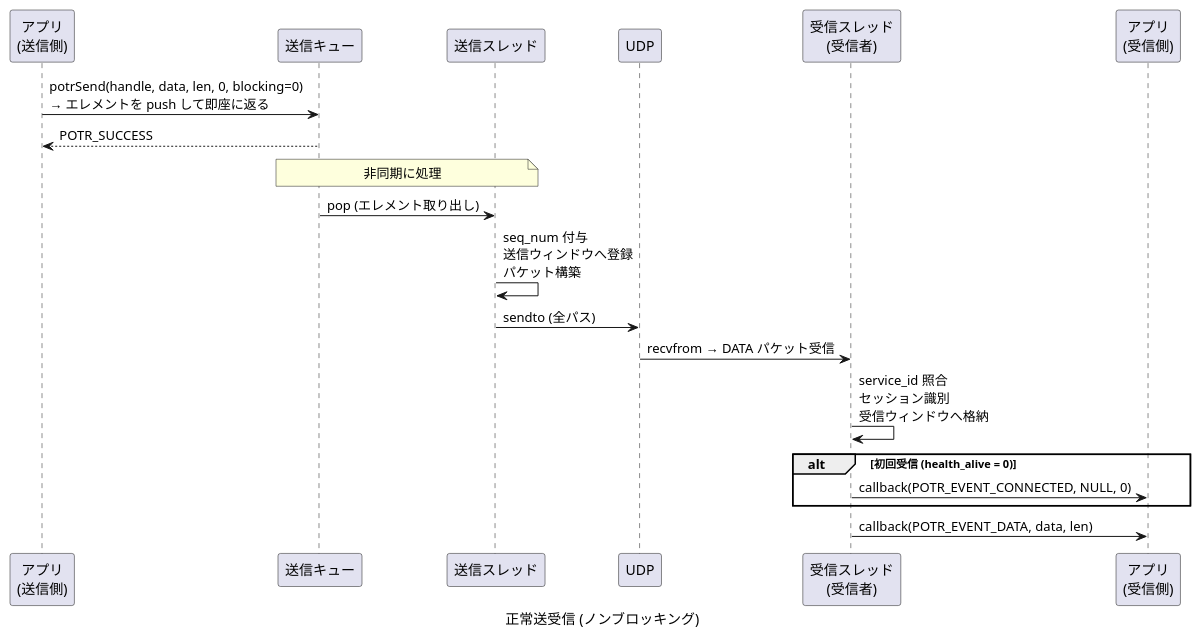
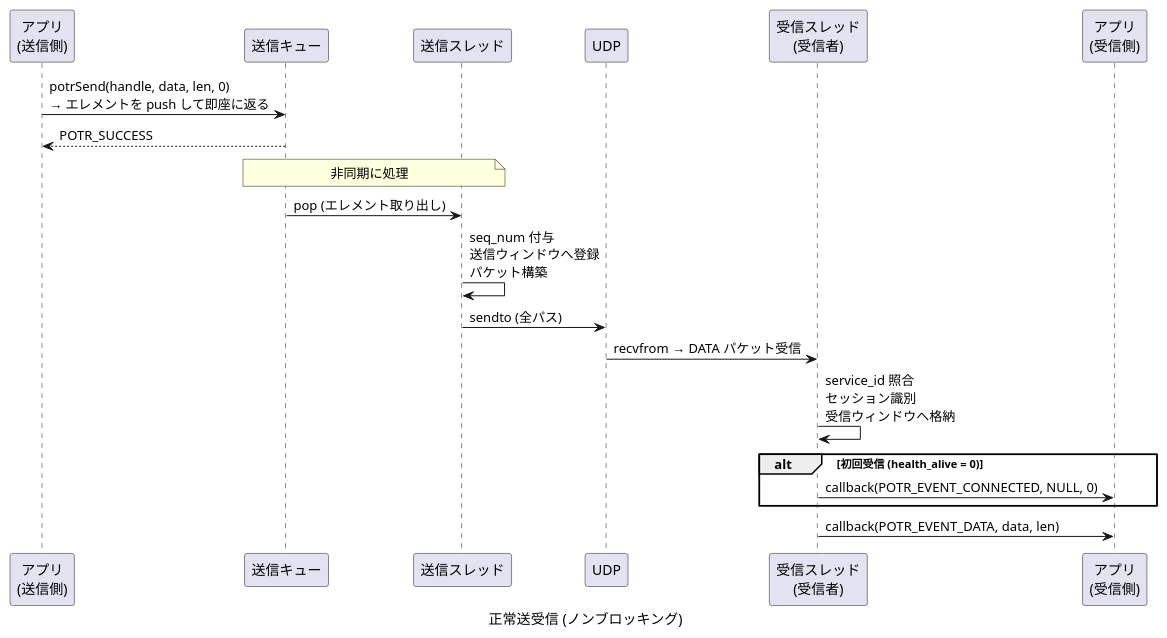
The third of 12 diagrams in prod/porter/docs/sequence.md (Hondarer/c-modernization-kit), drawn with PlantUML before and after one commit. The commit also changed other lines of this file and 9 other files, not shown here.

First line of the commit message:
refactor(porter): potrSend の compress/blocking を flags パラメータに統合

````diff
--- a/prod/porter/docs/sequence.md
+++ b/prod/porter/docs/sequence.md
@@ -81,31 +81,31 @@
 ```plantuml
 @startuml 正常送受信 (ノンブロッキング)
 caption 正常送受信 (ノンブロッキング)
 
 participant "アプリ\n(送信側)" as SAPP
 participant "送信キュー" as Q
 participant "送信スレッド" as ST
 participant "UDP" as UDP
 participant "受信スレッド\n(受信者)" as RRT
 participant "アプリ\n(受信側)" as RAPP
 
-SAPP -> Q: potrSend(handle, data, len, 0, blocking=0)\n→ エレメントを push して即座に返る
+SAPP -> Q: potrSend(handle, data, len, 0)\n→ エレメントを push して即座に返る
 SAPP <-- Q: POTR_SUCCESS
 
 note over Q, ST: 非同期に処理
 
 Q -> ST: pop (エレメント取り出し)
 ST -> ST: seq_num 付与\n送信ウィンドウへ登録\nパケット構築
 ST -> UDP: sendto (全パス)
 
 UDP -> RRT: recvfrom → DATA パケット受信
 RRT -> RRT: service_id 照合\nセッション識別\n受信ウィンドウへ格納
 
 alt 初回受信 (health_alive = 0)
   RRT -> RAPP: callback(POTR_EVENT_CONNECTED, NULL, 0)
 end
 
 RRT -> RAPP: callback(POTR_EVENT_DATA, data, len)
 
 @enduml
 ```
````
